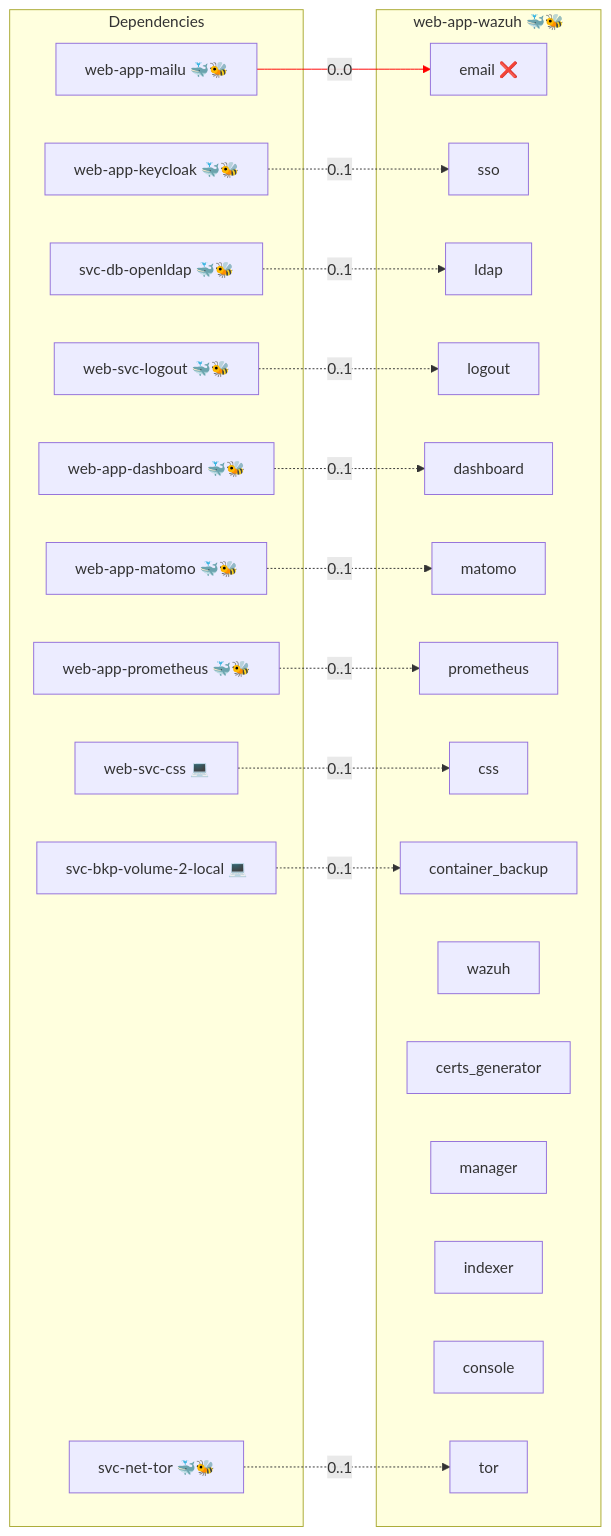
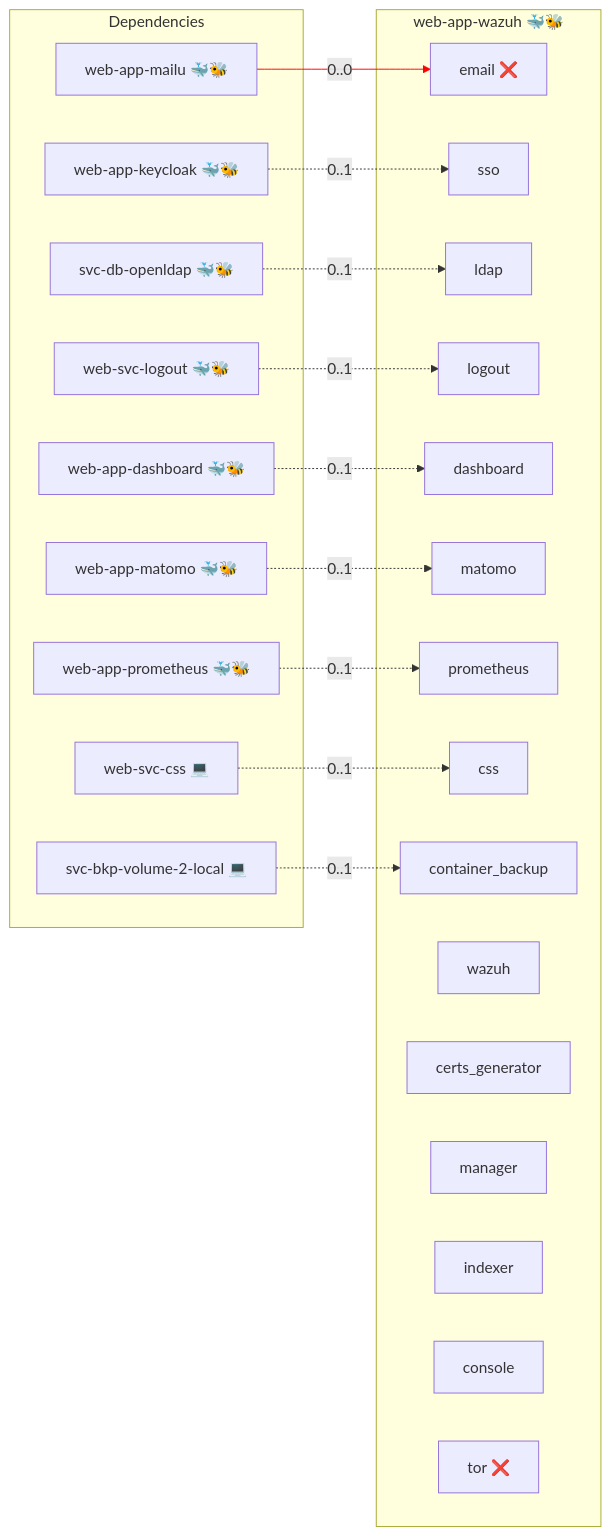
The first of 2 diagrams in roles/web-app-wazuh/README.md (infinito-nexus/core), drawn with Mermaid before and after one commit. The commit also changed 3 other files, not shown here.

````diff
--- a/roles/web-app-wazuh/README.md
+++ b/roles/web-app-wazuh/README.md
@@ -18,43 +18,41 @@
 ```mermaid
 flowchart LR
     subgraph deps [Dependencies]
         dep_svc_bkp_volume_2_local["svc-bkp-volume-2-local 💻"]
         dep_svc_db_openldap["svc-db-openldap 🐳🐝"]
-        dep_svc_net_tor["svc-net-tor 🐳🐝"]
         dep_web_app_dashboard["web-app-dashboard 🐳🐝"]
         dep_web_app_keycloak["web-app-keycloak 🐳🐝"]
         dep_web_app_mailu["web-app-mailu 🐳🐝"]
         dep_web_app_matomo["web-app-matomo 🐳🐝"]
         dep_web_app_prometheus["web-app-prometheus 🐳🐝"]
         dep_web_svc_css["web-svc-css 💻"]
         dep_web_svc_logout["web-svc-logout 🐳🐝"]
     end
     subgraph role [web-app-wazuh 🐳🐝]
         svc_email["email ❌"]
         svc_sso["sso"]
         svc_ldap["ldap"]
         svc_logout["logout"]
         svc_dashboard["dashboard"]
         svc_matomo["matomo"]
         svc_prometheus["prometheus"]
         svc_css["css"]
         svc_container_backup["container_backup"]
         svc_wazuh["wazuh"]
         svc_certs_generator["certs_generator"]
         svc_manager["manager"]
         svc_indexer["indexer"]
         svc_console["console"]
-        svc_tor["tor"]
+        svc_tor["tor ❌"]
     end
     dep_svc_bkp_volume_2_local -. "0..1" .-> svc_container_backup
     dep_svc_db_openldap -. "0..1" .-> svc_ldap
-    dep_svc_net_tor -. "0..1" .-> svc_tor
     dep_web_app_dashboard -. "0..1" .-> svc_dashboard
     dep_web_app_keycloak -. "0..1" .-> svc_sso
     dep_web_app_mailu -- "0..0" --> svc_email
     dep_web_app_matomo -. "0..1" .-> svc_matomo
     dep_web_app_prometheus -. "0..1" .-> svc_prometheus
     dep_web_svc_css -. "0..1" .-> svc_css
     dep_web_svc_logout -. "0..1" .-> svc_logout
-    linkStyle 5 stroke:red;
+    linkStyle 4 stroke:red;
 ```
````
